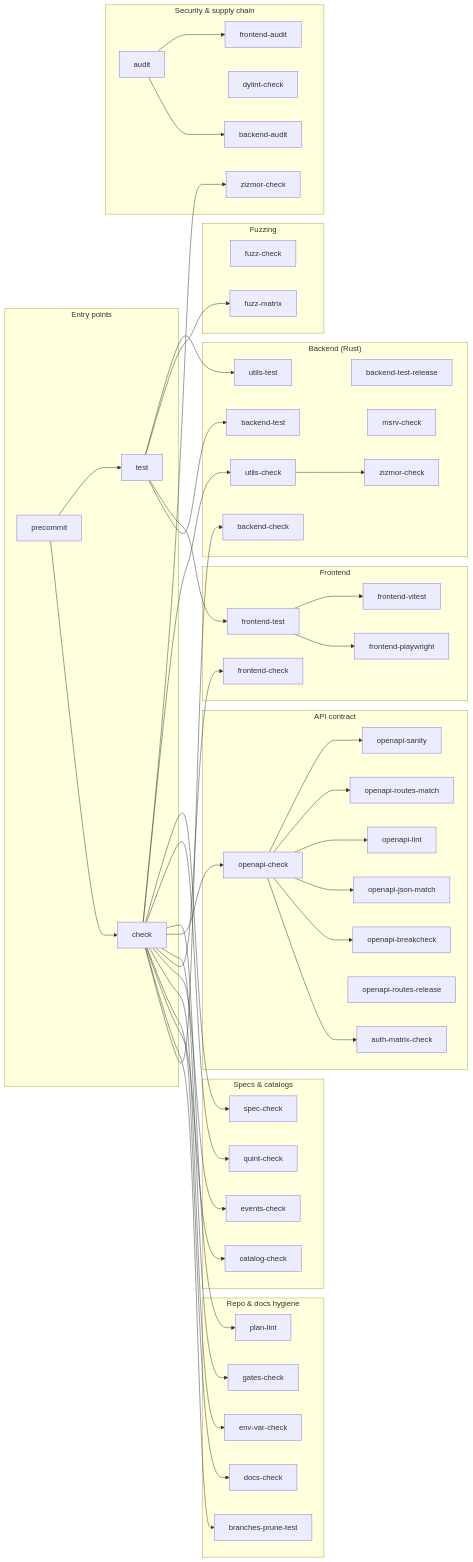
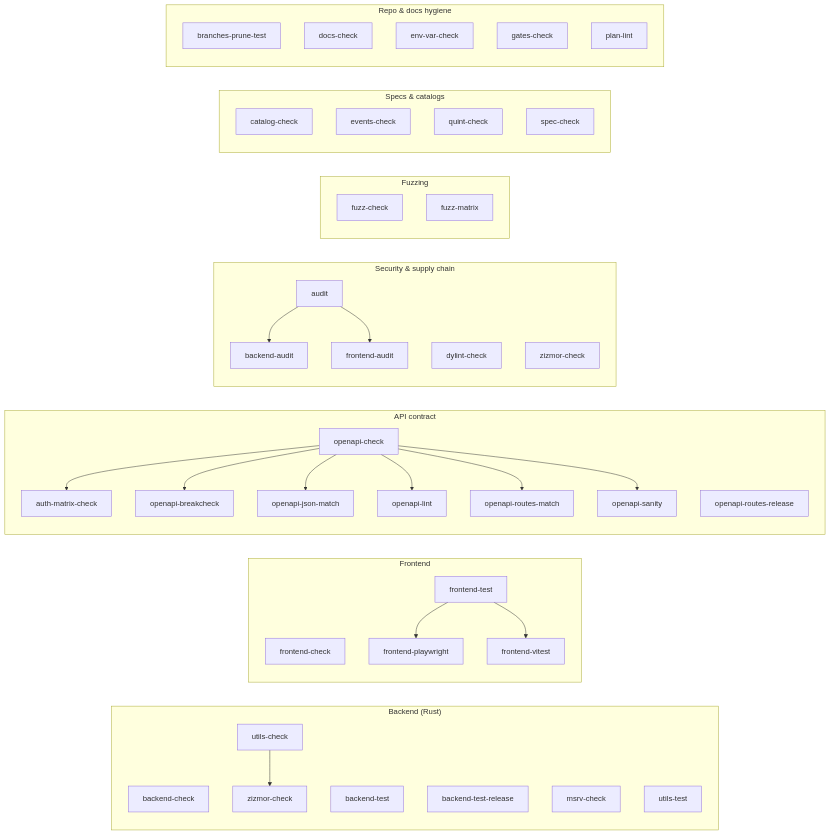
One commit to codesam88/picasu changed the diagram in docs/quality-gates.md. Above: the diagram before and after it, drawn with Mermaid. The commit also changed other lines of this file and 3 other files, not shown here.

First line of the commit message:
tooling: root the rule graph in the check families

````diff
--- a/docs/quality-gates.md
+++ b/docs/quality-gates.md
@@ -7,10 +7,5 @@
 ```mermaid
 graph LR
-  subgraph entry["Entry points"]
-    precommit
-    check
-    test
-  end
   subgraph backend["Backend (Rust)"]
     backend-check
     backend-test
@@ -60,26 +55,6 @@
     gates-check
     plan-lint
   end
-  precommit --> check
-  precommit --> test
-  check --> backend-check
-  check --> branches-prune-test
-  check --> catalog-check
-  check --> docs-check
-  check --> env-var-check
-  check --> events-check
-  check --> frontend-check
-  check --> gates-check
-  check --> openapi-check
-  check --> plan-lint
-  check --> quint-check
-  check --> spec-check
-  check --> utils-check
-  check --> zizmor-check
-  test --> backend-test
-  test --> frontend-test
-  test --> fuzz-matrix
-  test --> utils-test
   audit --> backend-audit
   audit --> frontend-audit
   frontend-test --> frontend-playwright
````
